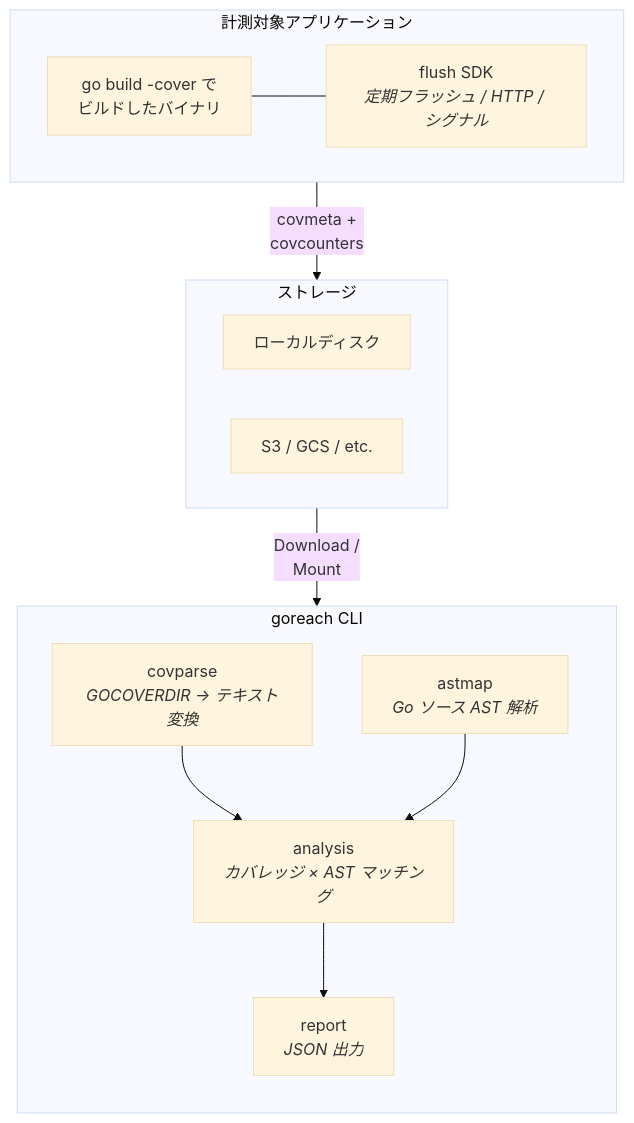
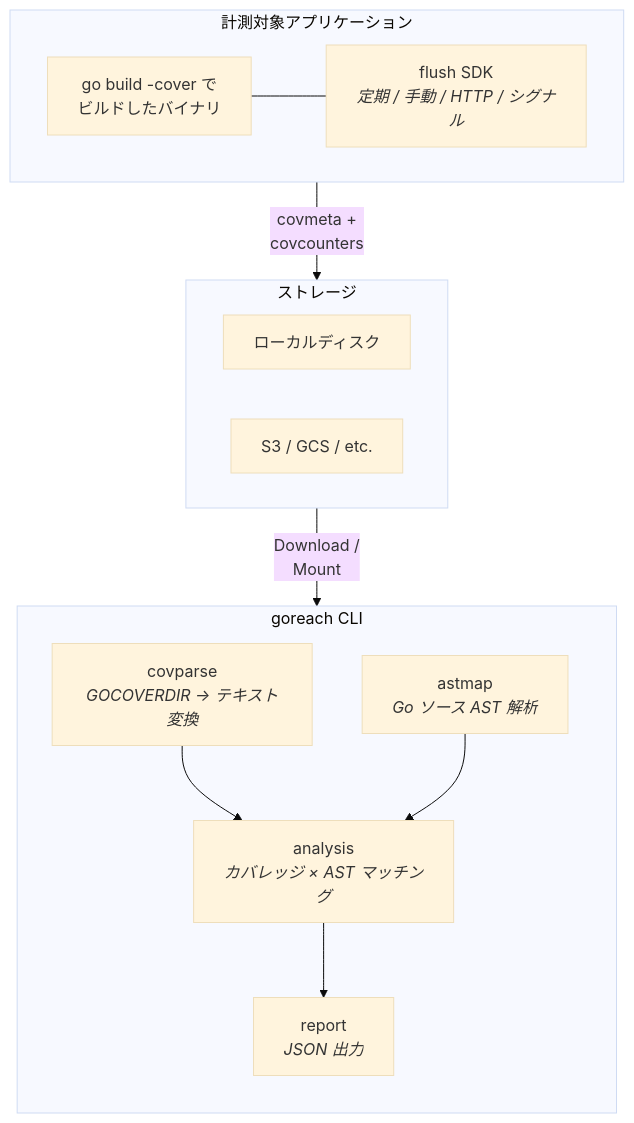
One commit to yag13s/goreach changed the first of 2 diagrams in README.md. Above: the diagram before and after it, drawn with Mermaid (base theme). The commit also changed other lines of this file and 2 other files, not shown here.

First line of the commit message:
Rename flush.Flush() to flush.Emit() and update README

````diff
--- a/README.md
+++ b/README.md
@@ -9,29 +9,29 @@
 ```mermaid
 flowchart TB
     subgraph App["計測対象アプリケーション"]
         direction LR
         BIN["go build -cover で<br/>ビルドしたバイナリ"]
-        SDK["flush SDK<br/><i>定期フラッシュ / HTTP / シグナル</i>"]
+        SDK["flush SDK<br/><i>定期 / 手動 / HTTP / シグナル</i>"]
         BIN --- SDK
     end
 
     subgraph Storage["ストレージ"]
         direction LR
         LOCAL["ローカルディスク"]
         S3["S3 / GCS / etc."]
     end
 
     subgraph CLI["goreach CLI"]
         direction TB
         COVPARSE["covparse<br/><i>GOCOVERDIR → テキスト変換</i>"]
         AST["astmap<br/><i>Go ソース AST 解析</i>"]
         ANALYSIS["analysis<br/><i>カバレッジ × AST マッチング</i>"]
         REPORT["report<br/><i>JSON 出力</i>"]
         COVPARSE --> ANALYSIS
         AST --> ANALYSIS
         ANALYSIS --> REPORT
     end
 
     App -- "covmeta +<br/>covcounters" --> Storage
     Storage -- "Download /<br/>Mount" --> CLI
 ```
````
